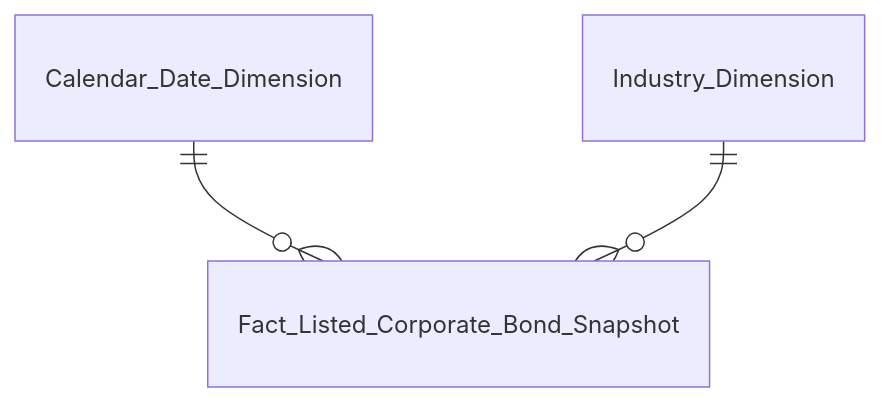
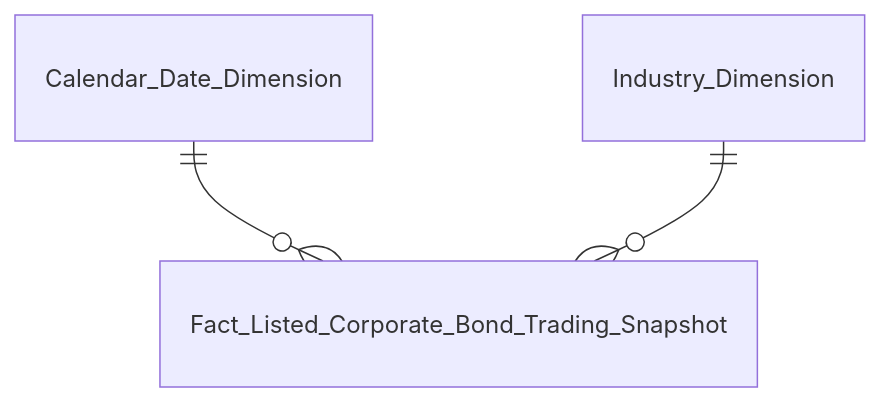
One commit to linhlvit/ubck_atomic_design changed the tenth of 50 diagrams in Datamart/hld/DTM_VP_Entities.md. Above: the diagram before and after it, drawn with Mermaid. The commit also changed other lines of this file and 12 other files, not shown here.

````diff
--- a/Datamart/hld/DTM_VP_Entities.md
+++ b/Datamart/hld/DTM_VP_Entities.md
@@ -171,5 +179,5 @@
 ```mermaid
 erDiagram
-    Calendar_Date_Dimension ||--o{ Fact_Listed_Corporate_Bond_Snapshot : " "
-    Industry_Dimension ||--o{ Fact_Listed_Corporate_Bond_Snapshot : " "
+    Calendar_Date_Dimension ||--o{ Fact_Listed_Corporate_Bond_Trading_Snapshot : " "
+    Industry_Dimension ||--o{ Fact_Listed_Corporate_Bond_Trading_Snapshot : " "
 ```
````
